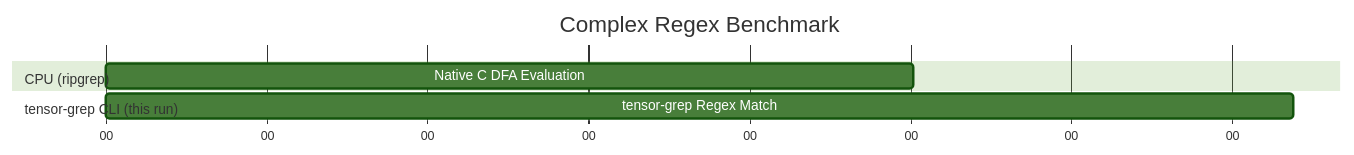
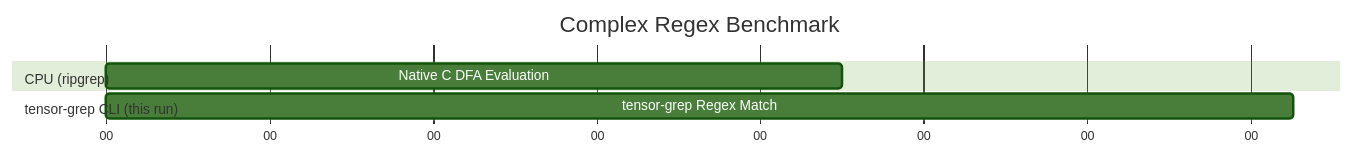
Before and after one commit to oimiragieo/tensor-grep: the second of 3 diagrams in docs/PAPER.md, drawn with Mermaid (forest theme). The commit also changed other lines of this file and 1 other file, not shown here.

````diff
--- a/docs/PAPER.md
+++ b/docs/PAPER.md
@@ -103,12 +102,12 @@
 ```mermaid
 gantt
     title Complex Regex Benchmark
     dateFormat  s
     axisFormat %S
     
     section CPU (ripgrep)
-    Native C DFA Evaluation :a1, 0, 0.502s
+    Native C DFA Evaluation :a1, 0, 0.450s
     
     section tensor-grep CLI (this run)
-    tensor-grep Regex Match :a2, 0, 0.738s
+    tensor-grep Regex Match :a2, 0, 0.726s
 ```
````
